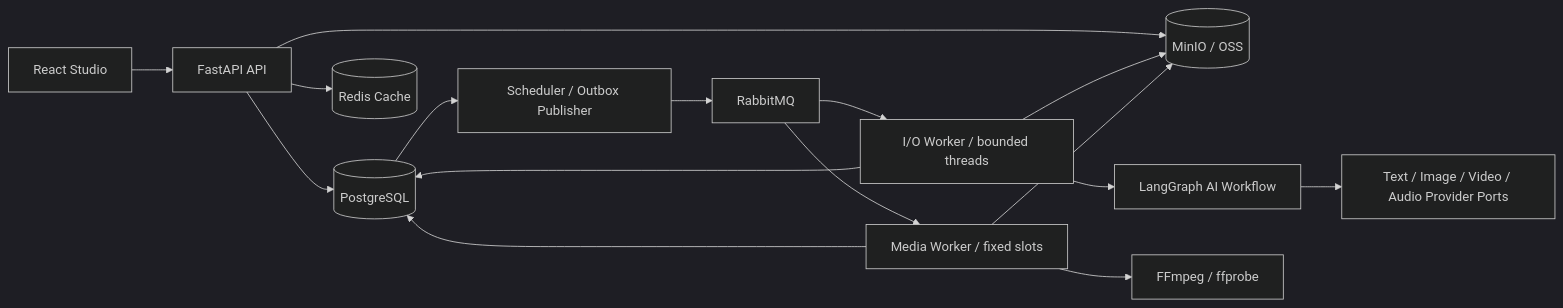
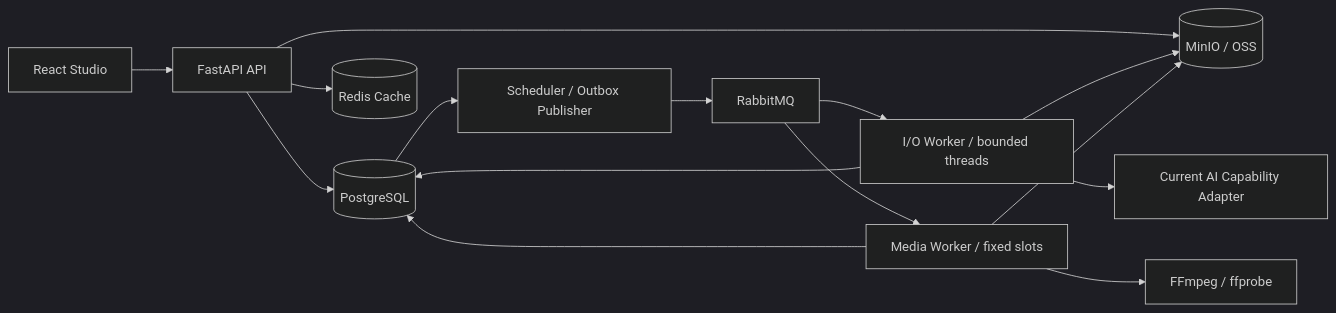
One commit to StephenQiu30/lanverse changed the diagram in docs/design/002-人工智能短剧平台架构与技术选型.md. Above: the diagram before and after it, drawn with Mermaid (dark theme). The commit also changed other lines of this file and 6 other files, not shown here.

````diff
--- a/docs/design/002-人工智能短剧平台架构与技术选型.md
+++ b/docs/design/002-人工智能短剧平台架构与技术选型.md
@@ -53,18 +53,17 @@
 ```mermaid
 flowchart LR
     UI["React Studio"] --> API["FastAPI API"]
     API --> PG[(PostgreSQL)]
     API --> REDIS[(Redis Cache)]
     API --> STORE[(MinIO / OSS)]
     PG --> PUB["Scheduler / Outbox Publisher"]
     PUB --> MQ["RabbitMQ"]
     MQ --> IOW["I/O Worker / bounded threads"]
     MQ --> MEDIAW["Media Worker / fixed slots"]
     IOW --> PG
     IOW --> STORE
-    IOW --> AIG["LangGraph AI Workflow"]
-    AIG --> MODEL["Text / Image / Video / Audio Provider Ports"]
+    IOW --> MODEL["Current AI Capability Adapter"]
     MEDIAW --> PG
     MEDIAW --> STORE
     MEDIAW --> MEDIA["FFmpeg / ffprobe"]
 ```
````
